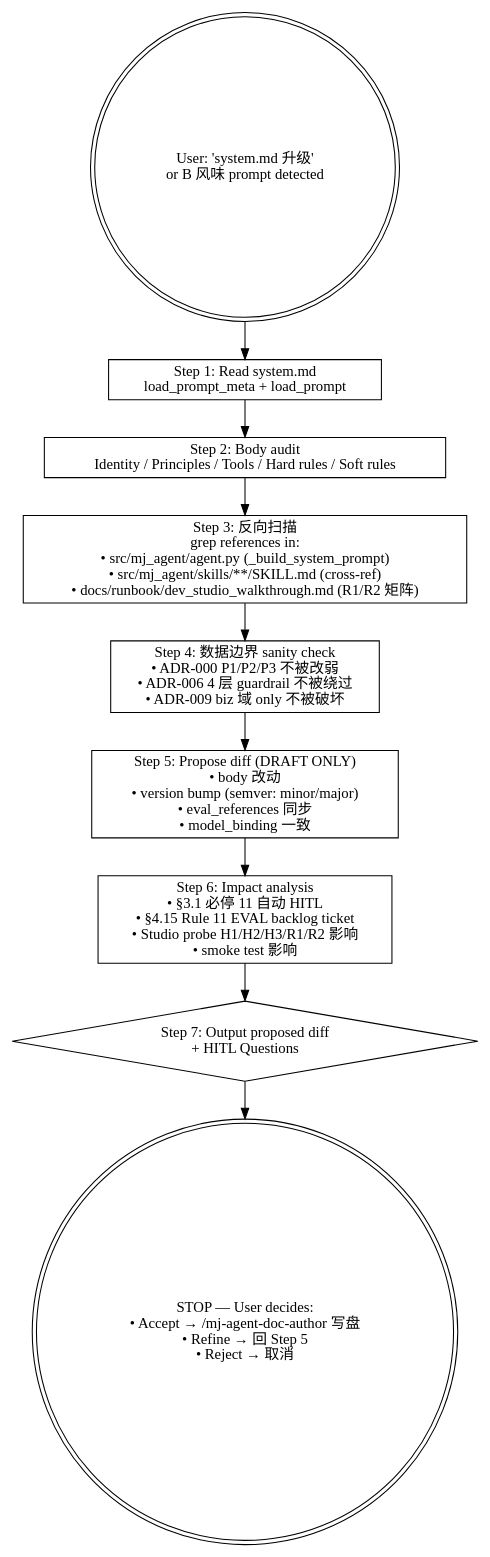
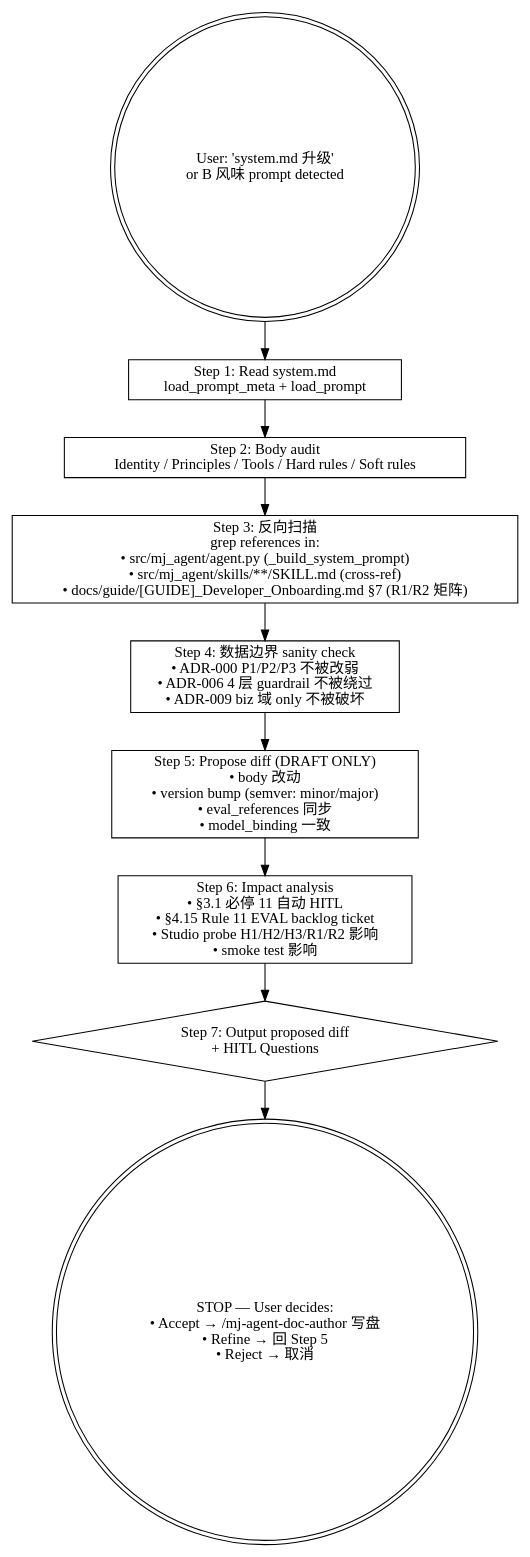
Before and after one commit to MJ-AgentLab/mj-agent: the diagram in .claude/skills/mj-agent-runtime-prompt-version-bump/SKILL.md, drawn with Graphviz. The commit also changed other lines of this file and 21 other files, not shown here.

````diff
--- a/.claude/skills/mj-agent-runtime-prompt-version-bump/SKILL.md
+++ b/.claude/skills/mj-agent-runtime-prompt-version-bump/SKILL.md
@@ -45,24 +45,24 @@
 ```dot
 digraph bump {
   rankdir=TB;
   start [label="User: 'system.md 升级'\nor B 风味 prompt detected" shape=doublecircle];
 
   s1 [label="Step 1: Read system.md\nload_prompt_meta + load_prompt" shape=box];
 
   s2 [label="Step 2: Body audit\nIdentity / Principles / Tools / Hard rules / Soft rules" shape=box];
 
-  s3 [label="Step 3: 反向扫描\ngrep references in:\n• src/mj_agent/agent.py (_build_system_prompt)\n• src/mj_agent/skills/**/SKILL.md (cross-ref)\n• docs/runbook/dev_studio_walkthrough.md (R1/R2 矩阵)" shape=box];
+  s3 [label="Step 3: 反向扫描\ngrep references in:\n• src/mj_agent/agent.py (_build_system_prompt)\n• src/mj_agent/skills/**/SKILL.md (cross-ref)\n• docs/guide/[GUIDE]_Developer_Onboarding.md §7 (R1/R2 矩阵)" shape=box];
 
   s4 [label="Step 4: 数据边界 sanity check\n• ADR-000 P1/P2/P3 不被改弱\n• ADR-006 4 层 guardrail 不被绕过\n• ADR-009 biz 域 only 不被破坏" shape=box];
 
   s5 [label="Step 5: Propose diff (DRAFT ONLY)\n• body 改动\n• version bump (semver: minor/major)\n• eval_references 同步\n• model_binding 一致" shape=box];
 
   s6 [label="Step 6: Impact analysis\n• §3.1 必停 11 自动 HITL\n• §4.15 Rule 11 EVAL backlog ticket\n• Studio probe H1/H2/H3/R1/R2 影响\n• smoke test 影响" shape=box];
 
   s7 [label="Step 7: Output proposed diff\n+ HITL Questions" shape=diamond];
 
   hitl [label="STOP — User decides:\n• Accept → /mj-agent-doc-author 写盘\n• Refine → 回 Step 5\n• Reject → 取消" shape=doublecircle];
 
   start -> s1 -> s2 -> s3 -> s4 -> s5 -> s6 -> s7 -> hitl;
 }
 ```
````
